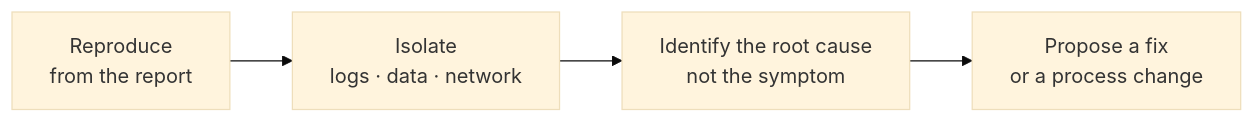
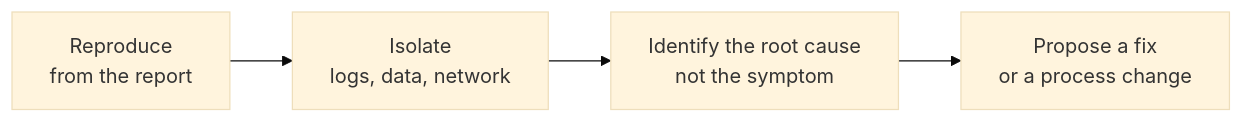
One commit to NathanielGenwright/ai-ops-case-studies changed the second of 2 diagrams in case-studies/02-qa-and-troubleshooting.md. Above: the diagram before and after it, drawn with Mermaid (base theme). The commit also changed other lines of this file and 1 other file, not shown here.

Commit message:
Fix Mermaid diagrams: quote node labels so they render on GitHub

````diff
--- a/case-studies/02-qa-and-troubleshooting.md
+++ b/case-studies/02-qa-and-troubleshooting.md
@@ -37,6 +37,6 @@
 ```mermaid
 flowchart LR
-    A[Reproduce<br/>from the report] --> B[Isolate<br/>logs · data · network]
-    B --> C[Identify the root cause<br/>not the symptom]
-    C --> D[Propose a fix<br/>or a process change]
+    A["Reproduce<br>from the report"] --> B["Isolate<br>logs, data, network"]
+    B --> C["Identify the root cause<br>not the symptom"]
+    C --> D["Propose a fix<br>or a process change"]
 ```
````
